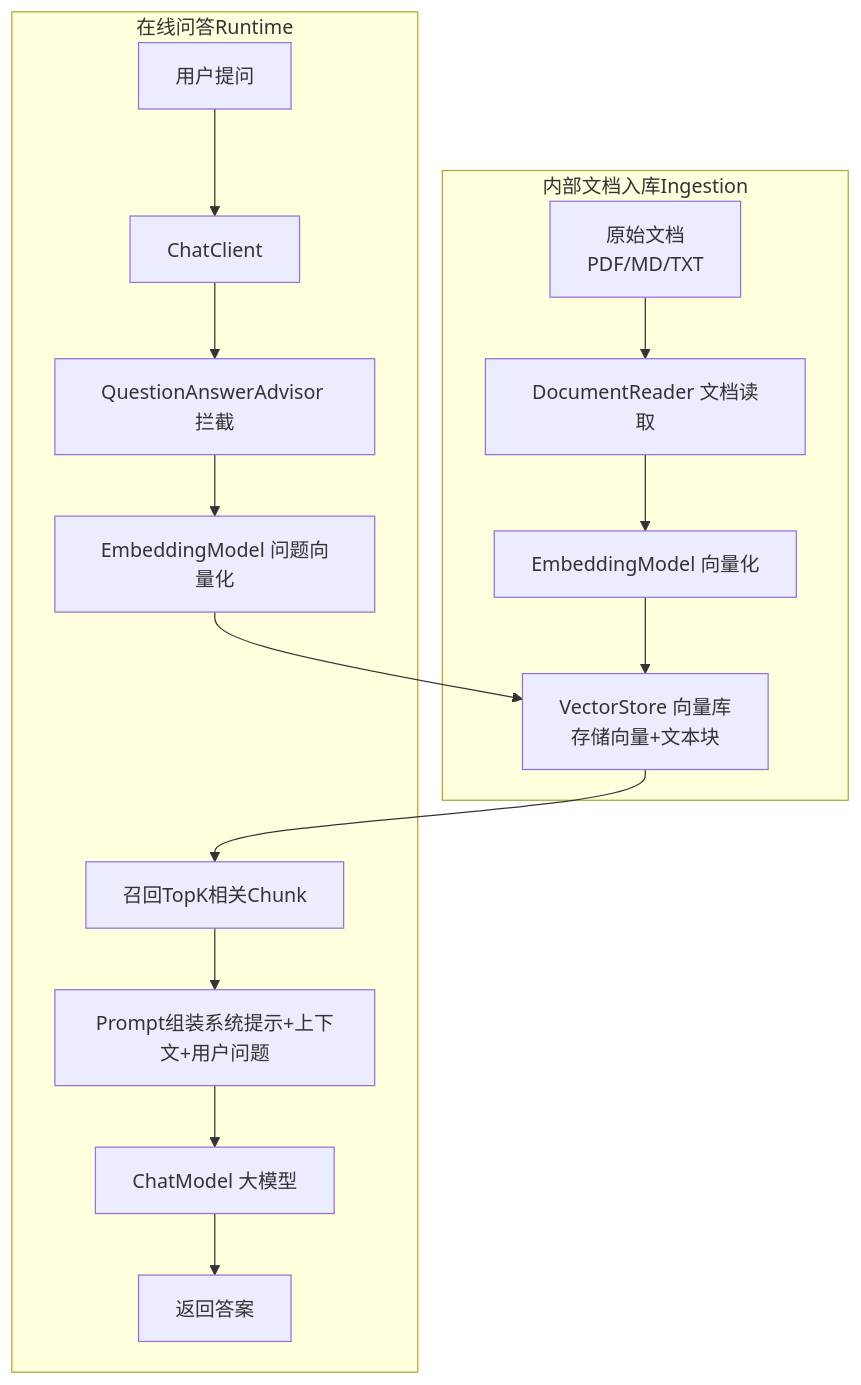
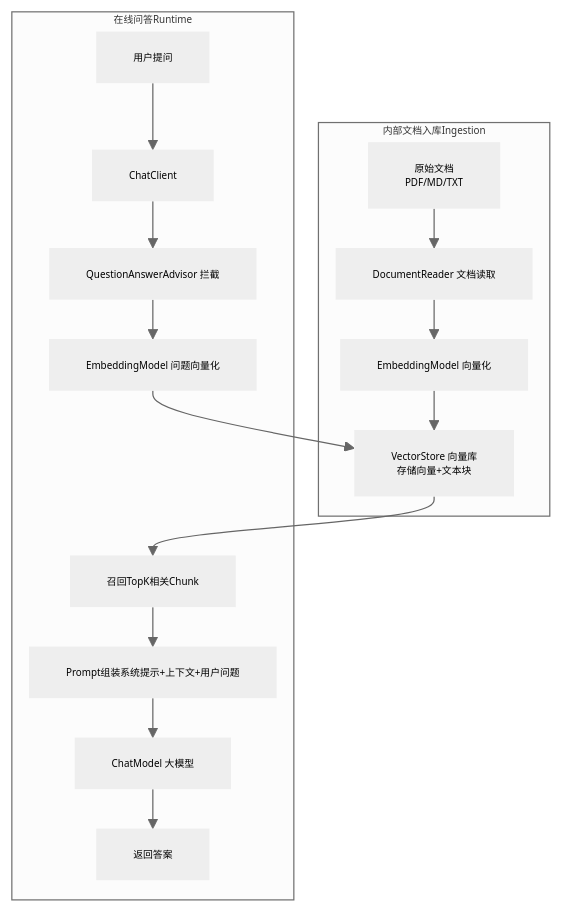
One commit to 1reaikeyi/flowerpay-ai changed the eighth of 8 diagrams in README.md. Above: the diagram before and after it, drawn with Mermaid. The commit also changed other lines of this file and 1 other file, not shown here.

````diff
--- a/README.md
+++ b/README.md
@@ -494,21 +493,22 @@
 ```mermaid
+%%{init: {'theme':'neutral','themeVariables':{'fontSize':'8px','nodeBorder':'2px'},'flowchart':{'nodeSpacing':8,'rankSpacing':32,'useMaxWidth':false,'curve':'basis'}}}%%
 flowchart TD
     subgraph 内部文档入库Ingestion
         D[原始文档<br/>PDF/MD/TXT]
         D --> DR[DocumentReader 文档读取]
         DR --> EM1[EmbeddingModel 向量化]
         EM1 --> VS[VectorStore 向量库<br/>存储向量+文本块]
     end
 
     subgraph 在线问答Runtime
         U[用户提问]
         U --> CC[ChatClient]
         CC --> QA[QuestionAnswerAdvisor 拦截]
         QA -->  EM2[EmbeddingModel 问题向量化]
         EM2 --> VS
         VS --> R[召回TopK相关Chunk]
         R --> P[Prompt组装系统提示+上下文+用户问题]
         P --> LLM[ChatModel 大模型]
         LLM --> A[返回答案]
     end
 ```
````
